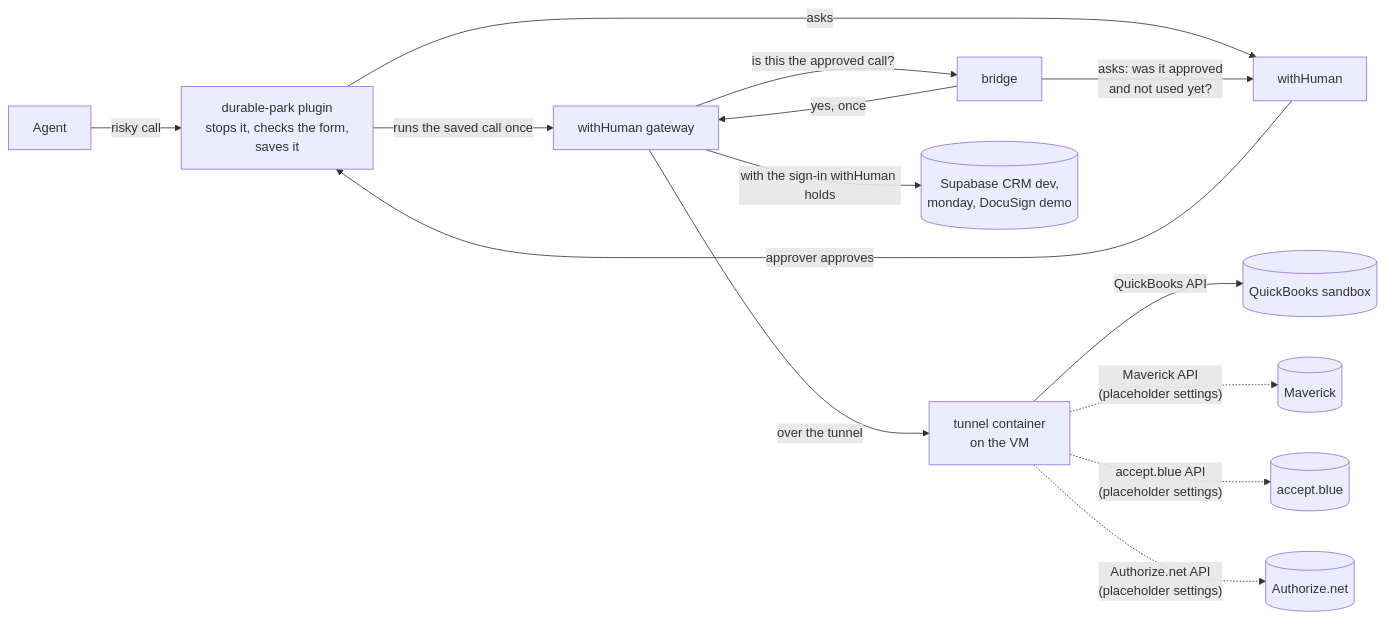
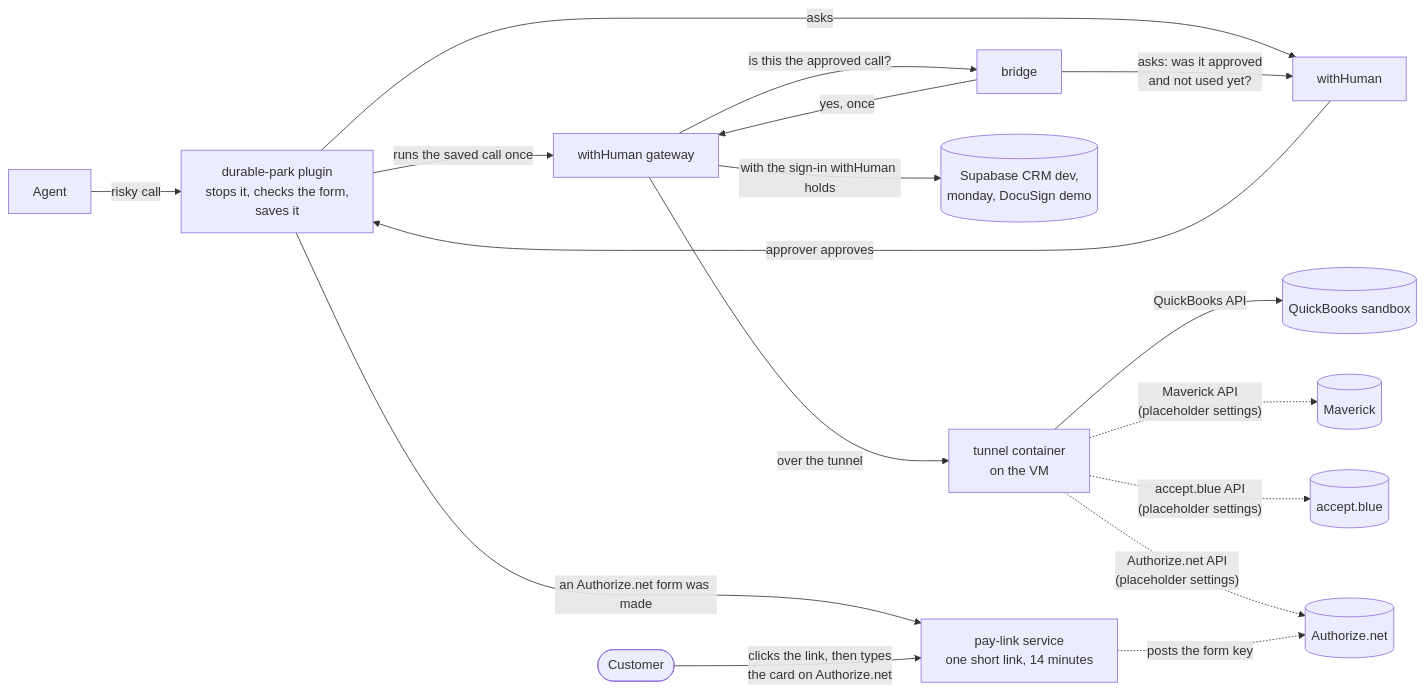
Before and after one commit to TapDashPayments/TapDash-Agents: the diagram in durable-park/README.md, drawn with Mermaid. The commit also changed other lines of this file and 14 other files, not shown here.

````diff
--- a/durable-park/README.md
+++ b/durable-park/README.md
@@ -37,16 +37,19 @@
 ```mermaid
 flowchart LR
   agent["Agent"] -->|"risky call"| plugin["durable-park plugin<br/>stops it, checks the form,<br/>saves it"]
   plugin -->|"asks"| wh["withHuman"]
   wh -->|"approver approves"| plugin
   plugin -->|"runs the saved call once"| gw["withHuman gateway"]
   gw -->|"is this the approved call?"| bridge["bridge"]
   bridge -->|"yes, once"| gw
   bridge -->|"asks: was it approved<br/>and not used yet?"| wh
   gw -->|"over the tunnel"| tun["tunnel container<br/>on the VM"]
   tun -->|"QuickBooks API"| qbo[("QuickBooks sandbox")]
   tun -.->|"Maverick API<br/>(placeholder settings)"| mav[("Maverick")]
   tun -.->|"accept.blue API<br/>(placeholder settings)"| ab[("accept.blue")]
   tun -.->|"Authorize.net API<br/>(placeholder settings)"| an[("Authorize.net")]
   gw -->|"with the sign-in withHuman holds"| remote[("Supabase CRM dev,<br/>monday, DocuSign demo")]
+  plugin -->|"an Authorize.net form was made"| pay["pay-link service<br/>one short link, 14 minutes"]
+  customer(["Customer"]) -->|"clicks the link, then types<br/>the card on Authorize.net"| pay
+  pay -.->|"posts the form key"| an
 ```
````
